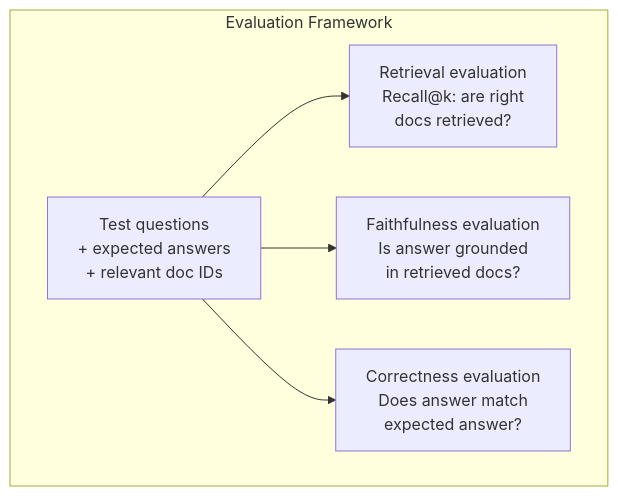
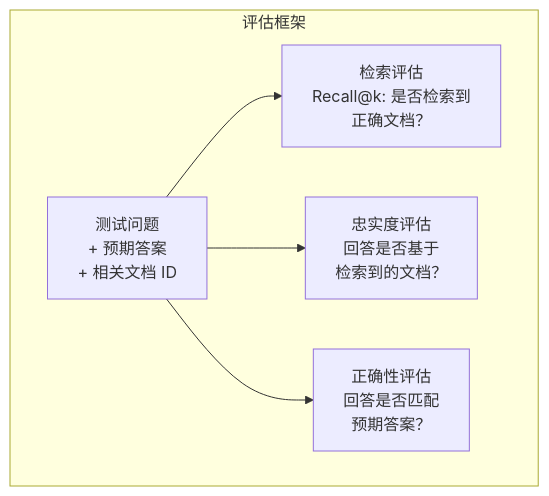
The third of 3 diagrams in phases/11-llm-engineering/07-advanced-rag/docs/zh.md (JerryC8080/ai-engineering-from-scratch-zh), drawn with Mermaid before and after one commit. The commit also changed other lines of this file and 156 other files, not shown here.

First line of the commit message:
i18n(zh): translate mermaid diagram labels in 157 lesson zh.md

````diff
--- a/phases/11-llm-engineering/07-advanced-rag/docs/zh.md
+++ b/phases/11-llm-engineering/07-advanced-rag/docs/zh.md
@@ -165,9 +165,9 @@
 ```mermaid
 graph TD
-    subgraph "Evaluation Framework"
-        Q["Test questions<br/>+ expected answers<br/>+ relevant doc IDs"]
-        Q --> Ret["Retrieval evaluation<br/>Recall@k: are right<br/>docs retrieved?"]
-        Q --> Faith["Faithfulness evaluation<br/>Is answer grounded<br/>in retrieved docs?"]
-        Q --> Correct["Correctness evaluation<br/>Does answer match<br/>expected answer?"]
+    subgraph "评估框架"
+        Q["测试问题<br/>+ 预期答案<br/>+ 相关文档 ID"]
+        Q --> Ret["检索评估<br/>Recall@k: 是否检索到<br/>正确文档？"]
+        Q --> Faith["忠实度评估<br/>回答是否基于<br/>检索到的文档？"]
+        Q --> Correct["正确性评估<br/>回答是否匹配<br/>预期答案？"]
     end
 ```
````
